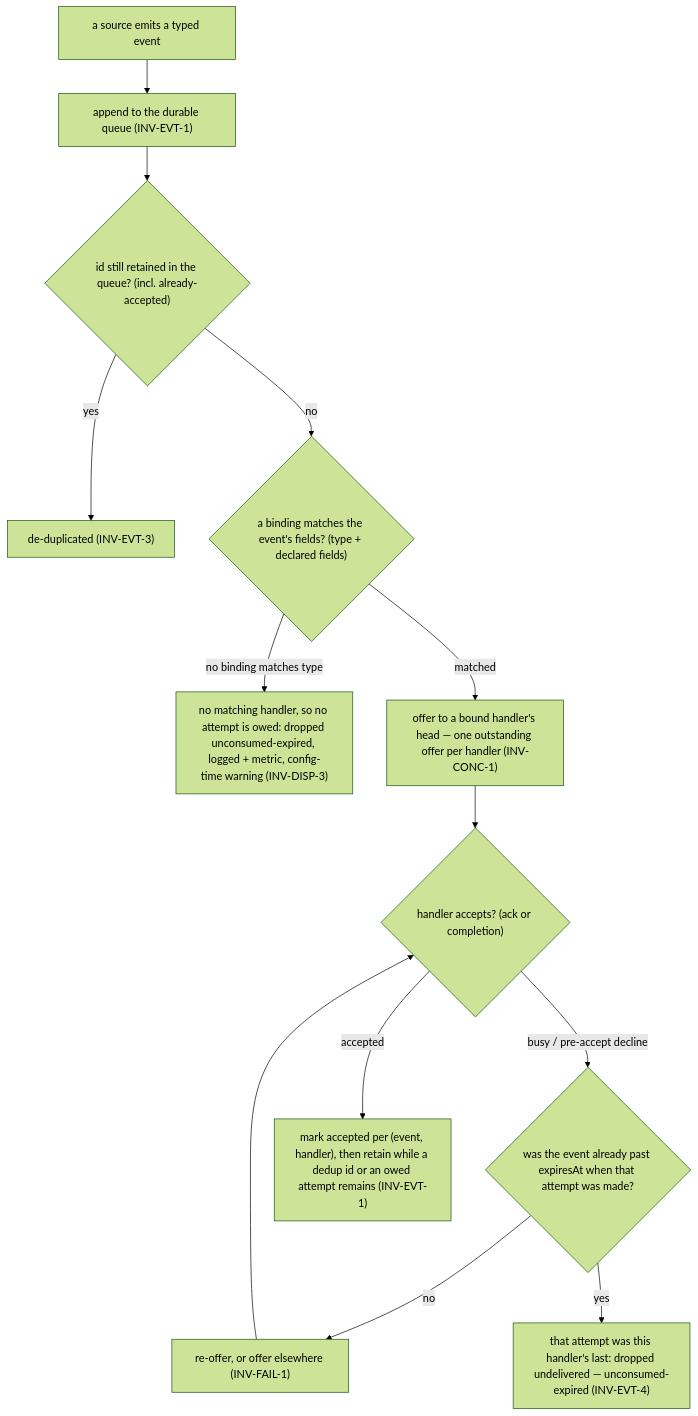
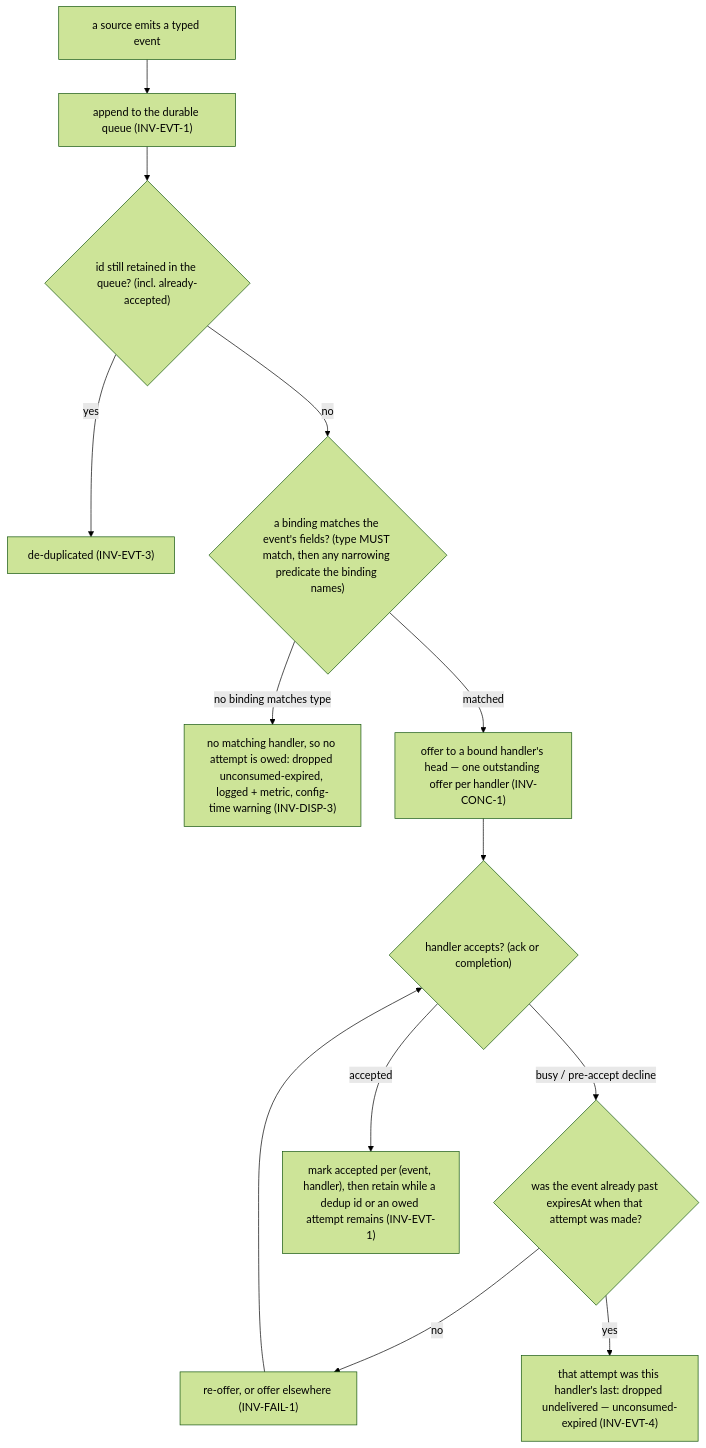
The first of 2 diagrams in packages/pr-pool/docs/behavior/invariants.md (phillipgreenii/nix-agent-support), drawn with Mermaid (forest theme) before and after one commit. The commit also changed other lines of this file and 5 other files, not shown here.

````diff
--- a/packages/pr-pool/docs/behavior/invariants.md
+++ b/packages/pr-pool/docs/behavior/invariants.md
@@ -17,15 +17,15 @@
 ```mermaid
 flowchart TD
     emit["a source emits a typed event"] --> enq["append to the durable queue (INV-EVT-1)"]
     enq --> dedup{"id still retained in the queue? (incl. already-accepted)"}
     dedup -->|yes| drop["de-duplicated (INV-EVT-3)"]
-    dedup -->|no| match{"a binding matches the event's fields? (type + declared fields)"}
+    dedup -->|no| match{"a binding matches the event's fields? (type MUST match, then any narrowing predicate the binding names)"}
     match -->|no binding matches type| noh["no matching handler, so no attempt is owed: dropped unconsumed-expired, logged + metric, config-time warning (INV-DISP-3)"]
     match -->|matched| offer["offer to a bound handler's head — one outstanding offer per handler (INV-CONC-1)"]
     offer --> acc{"handler accepts? (ack or completion)"}
     acc -->|"busy / pre-accept decline"| exp{"was the event already past expiresAt when that attempt was made?"}
     exp -->|no| reoffer["re-offer, or offer elsewhere (INV-FAIL-1)"]
     reoffer --> acc
     exp -->|yes| expire["that attempt was this handler's last: dropped undelivered — unconsumed-expired (INV-EVT-4)"]
     acc -->|accepted| mark["mark accepted per (event, handler), then retain while a dedup id or an owed attempt remains (INV-EVT-1)"]
 ```
````
